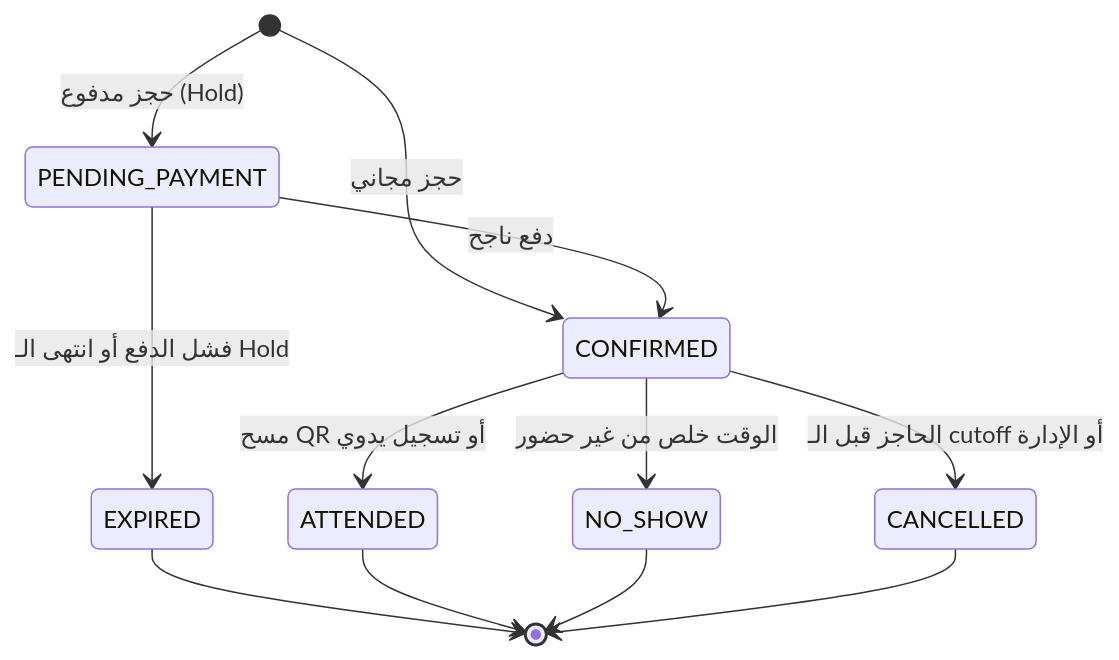
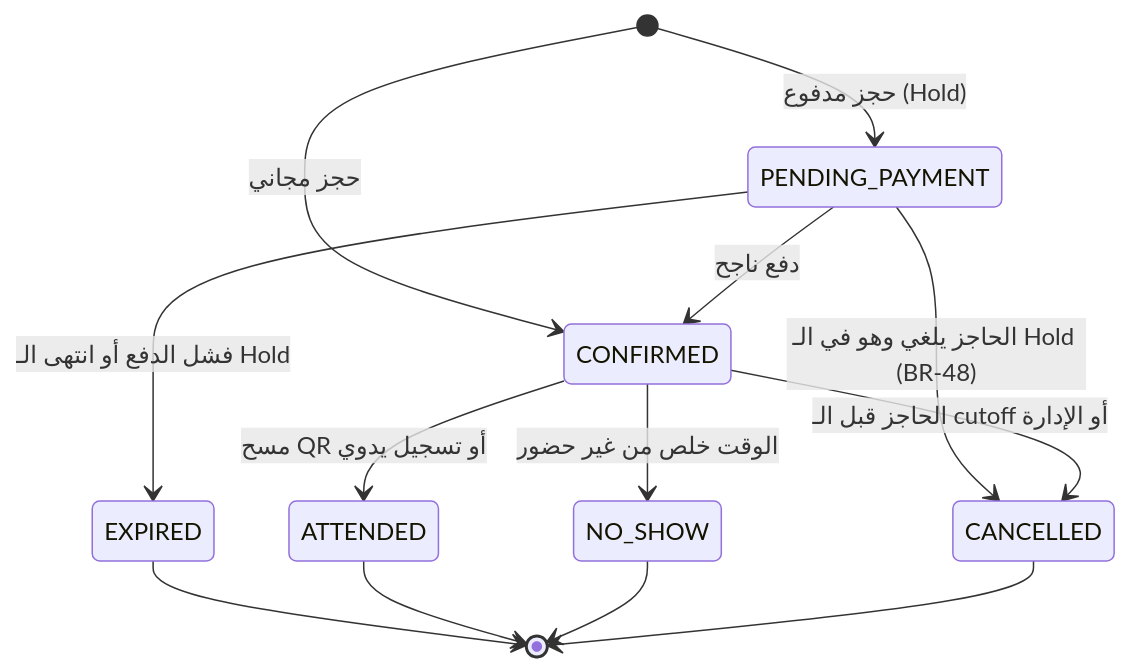
One commit to Osman-Ibrahiem/sprint-app changed the diagram in docs/BRD.md. Above: the diagram before and after it, drawn with Mermaid. The commit also changed other lines of this file and 6 other files, not shown here.

````diff
--- a/docs/BRD.md
+++ b/docs/BRD.md
@@ -221,14 +222,15 @@
 ```mermaid
 stateDiagram-v2
     [*] --> PENDING_PAYMENT: حجز مدفوع (Hold)
     [*] --> CONFIRMED: حجز مجاني
     PENDING_PAYMENT --> CONFIRMED: دفع ناجح
     PENDING_PAYMENT --> EXPIRED: فشل الدفع أو انتهى الـ Hold
+    PENDING_PAYMENT --> CANCELLED: الحاجز يلغي وهو في الـ Hold (BR-48)
     CONFIRMED --> ATTENDED: مسح QR أو تسجيل يدوي
     CONFIRMED --> NO_SHOW: الوقت خلص من غير حضور
     CONFIRMED --> CANCELLED: الحاجز قبل الـ cutoff أو الإدارة
     EXPIRED --> [*]
     ATTENDED --> [*]
     NO_SHOW --> [*]
     CANCELLED --> [*]
 ```
````
